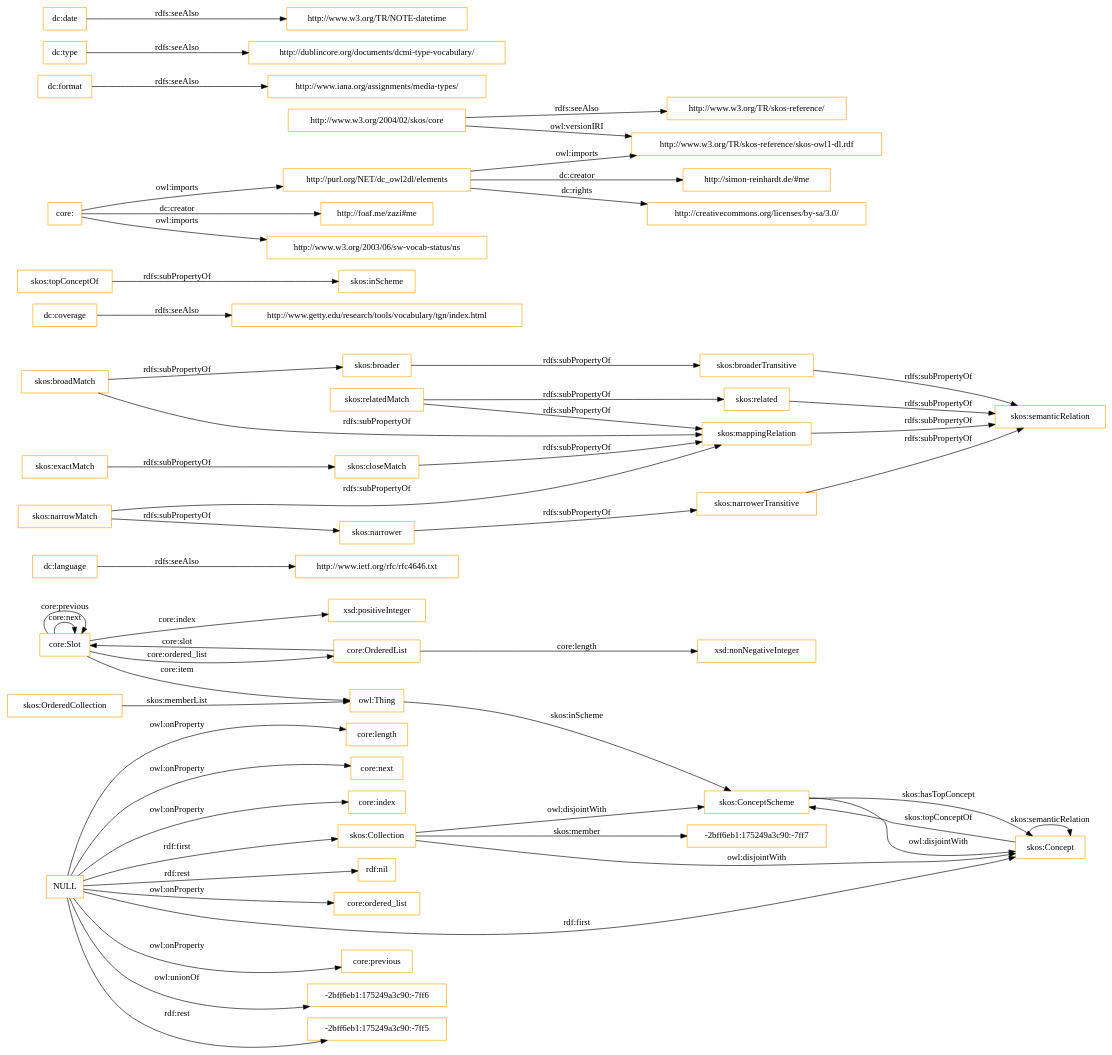
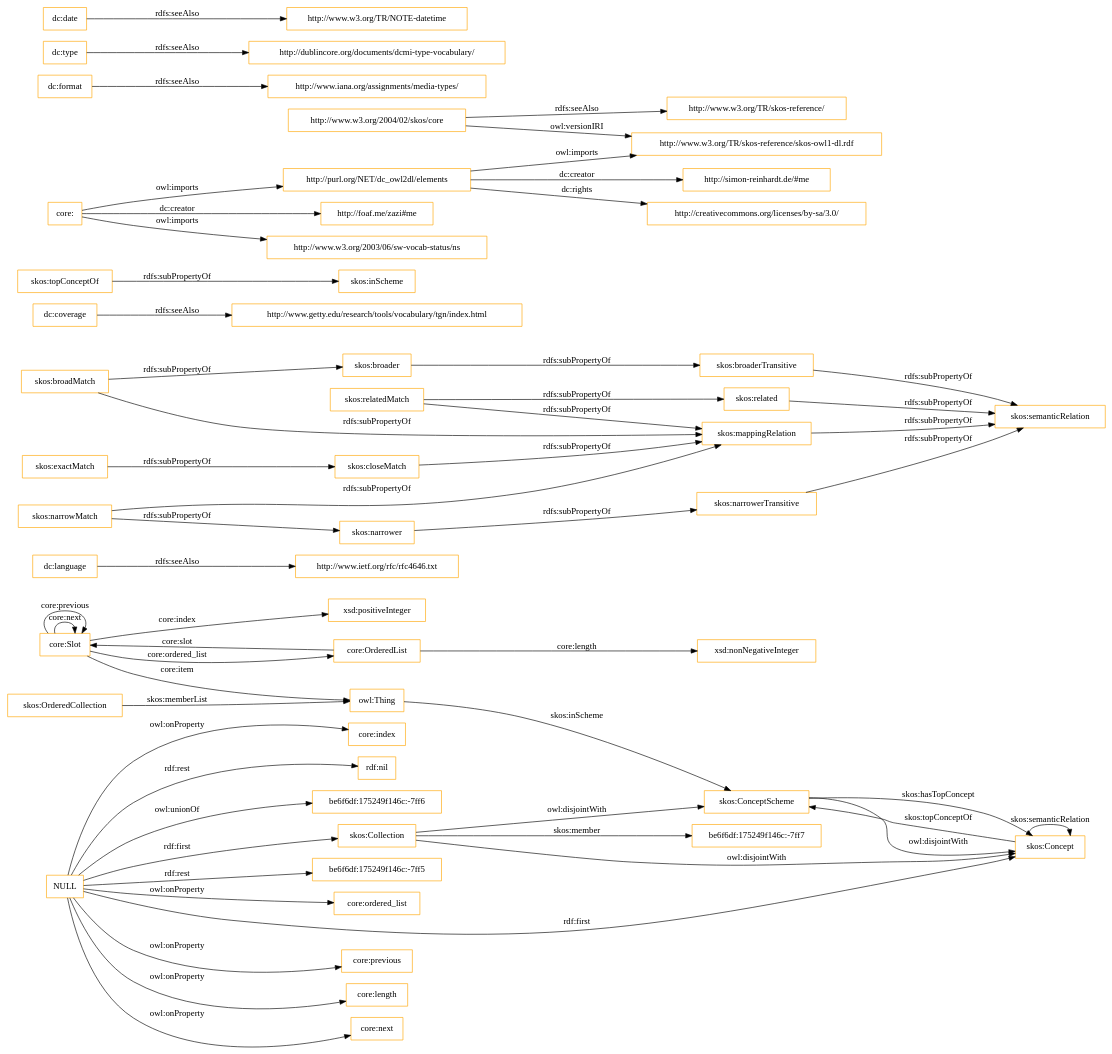
Before and after one commit to OnToologyUser/core-ontology-1: the diagram in OnToology/imports/core.owl/diagrams/ar2dtool-class/core.owl.png.dot, drawn with Graphviz. The commit also changed 14 other files, not shown here.

```diff
--- a/OnToology/imports/core.owl/diagrams/ar2dtool-class/core.owl.png.dot
+++ b/OnToology/imports/core.owl/diagrams/ar2dtool-class/core.owl.png.dot
@@ -1,60 +1,60 @@
 digraph ar2dtool_diagram { 
 rankdir=LR;
 size="1501"
-node [shape = rectangle, color="orange"]; "core:Slot" "core:OrderedList" "-2bff6eb1:175249a3c90:-7ff7" "skos:OrderedCollection" "skos:Collection" "skos:ConceptScheme" "skos:Concept" ; /*classes style*/
+node [shape = rectangle, color="orange"]; "core:Slot" "core:OrderedList" "be6f6df:175249f146c:-7ff7" "skos:OrderedCollection" "skos:Collection" "skos:ConceptScheme" "skos:Concept" ; /*classes style*/
 	"dc:language" -> "http://www.ietf.org/rfc/rfc4646.txt" [ label = "rdfs:seeAlso" ];
 	"NULL" -> "core:previous" [ label = "owl:onProperty" ];
-	"NULL" -> "-2bff6eb1:175249a3c90:-7ff6" [ label = "owl:unionOf" ];
-	"NULL" -> "-2bff6eb1:175249a3c90:-7ff5" [ label = "rdf:rest" ];
 	"NULL" -> "core:length" [ label = "owl:onProperty" ];
 	"NULL" -> "skos:Concept" [ label = "rdf:first" ];
 	"NULL" -> "core:next" [ label = "owl:onProperty" ];
 	"NULL" -> "core:index" [ label = "owl:onProperty" ];
 	"NULL" -> "rdf:nil" [ label = "rdf:rest" ];
+	"NULL" -> "be6f6df:175249f146c:-7ff6" [ label = "owl:unionOf" ];
+	"NULL" -> "be6f6df:175249f146c:-7ff5" [ label = "rdf:rest" ];
 	"NULL" -> "core:ordered_list" [ label = "owl:onProperty" ];
 	"NULL" -> "skos:Collection" [ label = "rdf:first" ];
 	"skos:closeMatch" -> "skos:mappingRelation" [ label = "rdfs:subPropertyOf" ];
 	"dc:coverage" -> "http://www.getty.edu/research/tools/vocabulary/tgn/index.html" [ label = "rdfs:seeAlso" ];
 	"skos:relatedMatch" -> "skos:related" [ label = "rdfs:subPropertyOf" ];
 	"skos:relatedMatch" -> "skos:mappingRelation" [ label = "rdfs:subPropertyOf" ];
 	"skos:ConceptScheme" -> "skos:Concept" [ label = "owl:disjointWith" ];
 	"skos:related" -> "skos:semanticRelation" [ label = "rdfs:subPropertyOf" ];
 	"skos:topConceptOf" -> "skos:inScheme" [ label = "rdfs:subPropertyOf" ];
 	"skos:broadMatch" -> "skos:broader" [ label = "rdfs:subPropertyOf" ];
 	"skos:broadMatch" -> "skos:mappingRelation" [ label = "rdfs:subPropertyOf" ];
 	"http://purl.org/NET/dc_owl2dl/elements" -> "http://www.w3.org/TR/skos-reference/skos-owl1-dl.rdf" [ label = "owl:imports" ];
 	"http://purl.org/NET/dc_owl2dl/elements" -> "http://creativecommons.org/licenses/by-sa/3.0/" [ label = "dc:rights" ];
 	"http://purl.org/NET/dc_owl2dl/elements" -> "http://simon-reinhardt.de/#me" [ label = "dc:creator" ];
 	"skos:exactMatch" -> "skos:closeMatch" [ label = "rdfs:subPropertyOf" ];
 	"dc:format" -> "http://www.iana.org/assignments/media-types/" [ label = "rdfs:seeAlso" ];
 	"core:" -> "http://foaf.me/zazi#me" [ label = "dc:creator" ];
 	"core:" -> "http://www.w3.org/2003/06/sw-vocab-status/ns" [ label = "owl:imports" ];
 	"core:" -> "http://purl.org/NET/dc_owl2dl/elements" [ label = "owl:imports" ];
 	"skos:broaderTransitive" -> "skos:semanticRelation" [ label = "rdfs:subPropertyOf" ];
 	"skos:mappingRelation" -> "skos:semanticRelation" [ label = "rdfs:subPropertyOf" ];
 	"skos:broader" -> "skos:broaderTransitive" [ label = "rdfs:subPropertyOf" ];
 	"dc:type" -> "http://dublincore.org/documents/dcmi-type-vocabulary/" [ label = "rdfs:seeAlso" ];
 	"http://www.w3.org/2004/02/skos/core" -> "http://www.w3.org/TR/skos-reference/skos-owl1-dl.rdf" [ label = "owl:versionIRI" ];
 	"http://www.w3.org/2004/02/skos/core" -> "http://www.w3.org/TR/skos-reference/" [ label = "rdfs:seeAlso" ];
 	"skos:Collection" -> "skos:ConceptScheme" [ label = "owl:disjointWith" ];
 	"skos:Collection" -> "skos:Concept" [ label = "owl:disjointWith" ];
 	"skos:narrowMatch" -> "skos:narrower" [ label = "rdfs:subPropertyOf" ];
 	"skos:narrowMatch" -> "skos:mappingRelation" [ label = "rdfs:subPropertyOf" ];
 	"skos:narrower" -> "skos:narrowerTransitive" [ label = "rdfs:subPropertyOf" ];
 	"dc:date" -> "http://www.w3.org/TR/NOTE-datetime" [ label = "rdfs:seeAlso" ];
 	"skos:narrowerTransitive" -> "skos:semanticRelation" [ label = "rdfs:subPropertyOf" ];
 	"core:Slot" -> "xsd:positiveInteger" [ label = "core:index" ];
 	"skos:Concept" -> "skos:ConceptScheme" [ label = "skos:topConceptOf" ];
 	"core:Slot" -> "owl:Thing" [ label = "core:item" ];
 	"core:OrderedList" -> "xsd:nonNegativeInteger" [ label = "core:length" ];
 	"core:OrderedList" -> "core:Slot" [ label = "core:slot" ];
-	"skos:Collection" -> "-2bff6eb1:175249a3c90:-7ff7" [ label = "skos:member" ];
+	"skos:Collection" -> "be6f6df:175249f146c:-7ff7" [ label = "skos:member" ];
 	"core:Slot" -> "core:Slot" [ label = "core:next" ];
 	"skos:ConceptScheme" -> "skos:Concept" [ label = "skos:hasTopConcept" ];
 	"owl:Thing" -> "skos:ConceptScheme" [ label = "skos:inScheme" ];
 	"core:Slot" -> "core:Slot" [ label = "core:previous" ];
 	"skos:OrderedCollection" -> "owl:Thing" [ label = "skos:memberList" ];
 	"skos:Concept" -> "skos:Concept" [ label = "skos:semanticRelation" ];
 	"core:Slot" -> "core:OrderedList" [ label = "core:ordered_list" ];
 
 }
```
